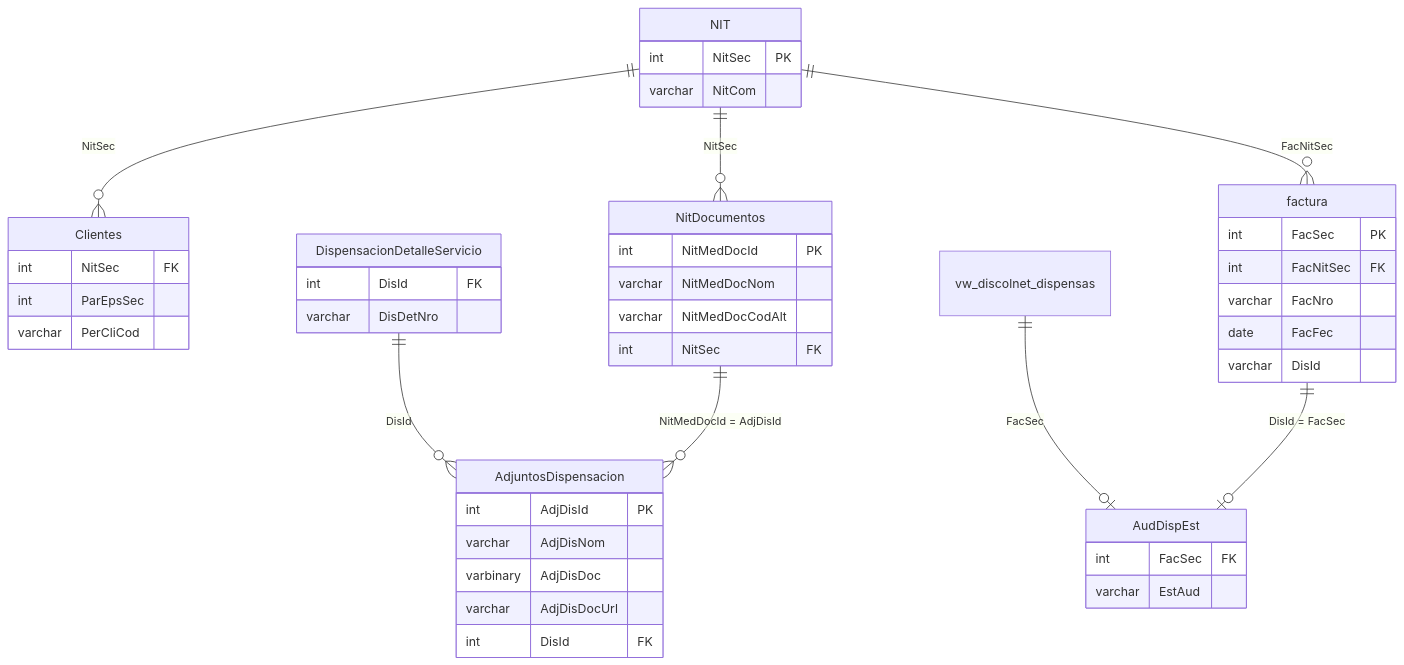
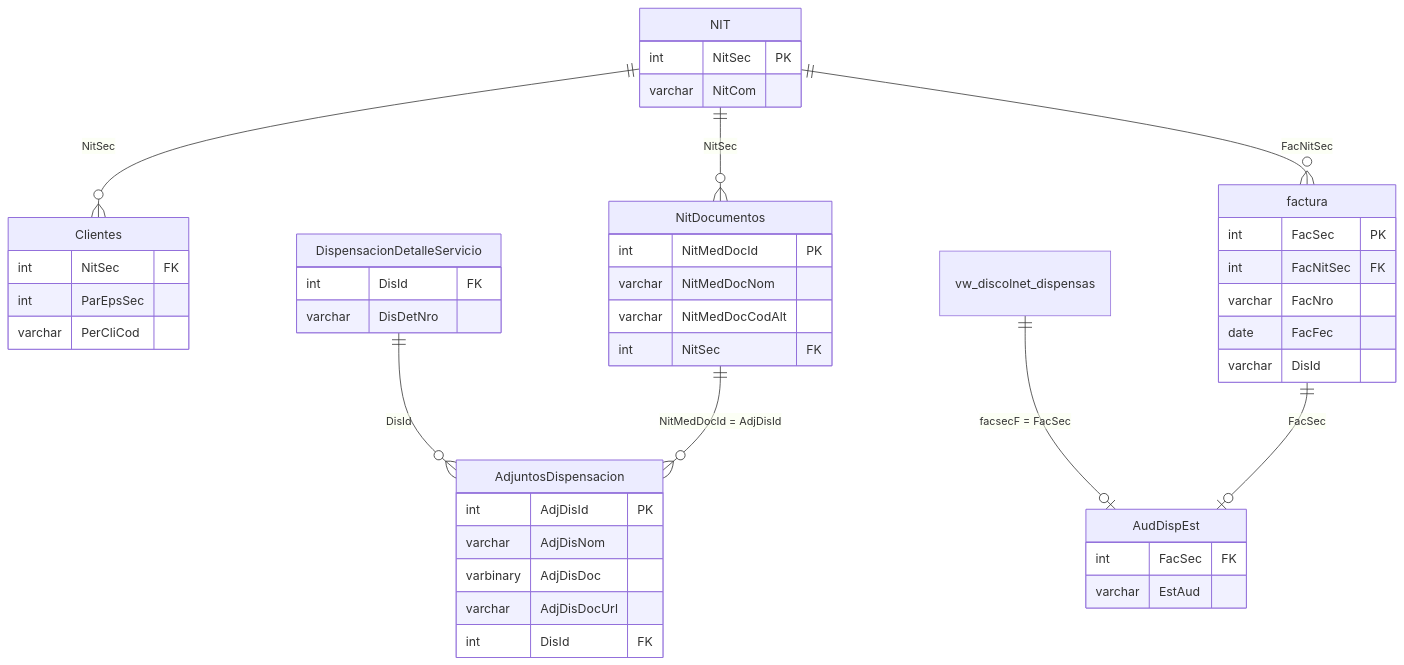
The diagram in plans/database-schema.md (jfrem/AudFact), drawn with Mermaid before and after one commit. The commit also changed other lines of this file and 39 other files, not shown here.

````diff
--- a/plans/database-schema.md
+++ b/plans/database-schema.md
@@ -175,56 +176,56 @@
 ```mermaid
 erDiagram
     NIT ||--o{ Clientes : "NitSec"
     NIT ||--o{ NitDocumentos : "NitSec"
     NIT ||--o{ factura : "FacNitSec"
 
-    vw_discolnet_dispensas ||--o| AudDispEst : "FacSec"
-    factura ||--o| AudDispEst : "DisId = FacSec"
+    vw_discolnet_dispensas ||--o| AudDispEst : "facsecF = FacSec"
+    factura ||--o| AudDispEst : "FacSec"
 
     DispensacionDetalleServicio ||--o{ AdjuntosDispensacion : "DisId"
     NitDocumentos ||--o{ AdjuntosDispensacion : "NitMedDocId = AdjDisId"
 
     NIT {
         int NitSec PK
         varchar NitCom
     }
 
     Clientes {
         int NitSec FK
         int ParEpsSec
         varchar PerCliCod
     }
 
     factura {
         int FacSec PK
         int FacNitSec FK
         varchar FacNro
         date FacFec
         varchar DisId
     }
 
     AdjuntosDispensacion {
         int AdjDisId PK
         varchar AdjDisNom
         varbinary AdjDisDoc
         varchar AdjDisDocUrl
         int DisId FK
     }
 
     DispensacionDetalleServicio {
         int DisId FK
         varchar DisDetNro
     }
 
     NitDocumentos {
         int NitMedDocId PK
         varchar NitMedDocNom
         varchar NitMedDocCodAlt
         int NitSec FK
     }
 
     AudDispEst {
         int FacSec FK
         varchar EstAud
     }
 ```
````
